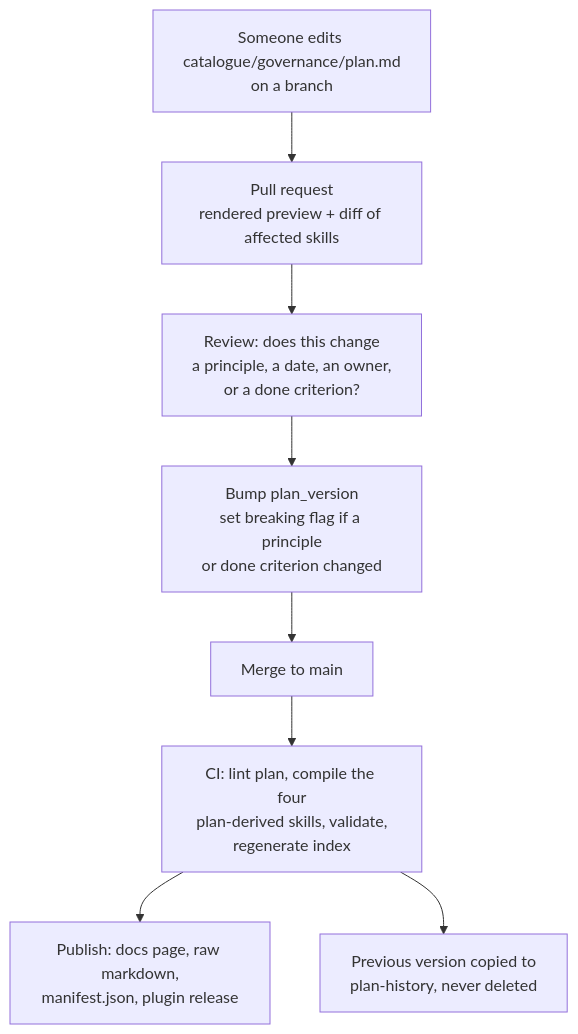
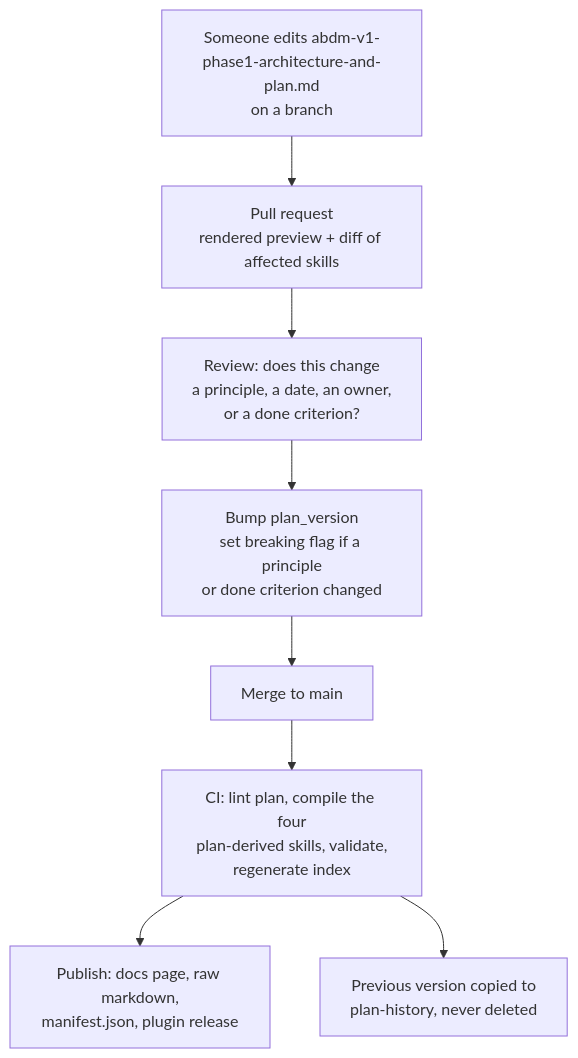
Before and after one commit to obadiah-1/abdm-ai-sandbox-plan: the diagram in plan-as-source-addendum.md, drawn with Mermaid. The commit also changed other lines of this file and 17 other files, not shown here.

````diff
--- a/plan-as-source-addendum.md
+++ b/plan-as-source-addendum.md
@@ -153,13 +156,13 @@
 ```mermaid
 flowchart TB
-    ED["Someone edits catalogue/governance/plan.md<br/>on a branch"]
+    ED["Someone edits abdm-v1-phase1-architecture-and-plan.md<br/>on a branch"]
     PR["Pull request<br/>rendered preview + diff of affected skills"]
     REV["Review: does this change<br/>a principle, a date, an owner,<br/>or a done criterion?"]
     BUMP["Bump plan_version<br/>set breaking flag if a principle<br/>or done criterion changed"]
     MERGE["Merge to main"]
     CI["CI: lint plan, compile the four<br/>plan-derived skills, validate,<br/>regenerate index"]
     PUB["Publish: docs page, raw markdown,<br/>manifest.json, plugin release"]
     HIST["Previous version copied to<br/>plan-history, never deleted"]
     ED --> PR --> REV --> BUMP --> MERGE --> CI --> PUB
     CI --> HIST
 ```
````
